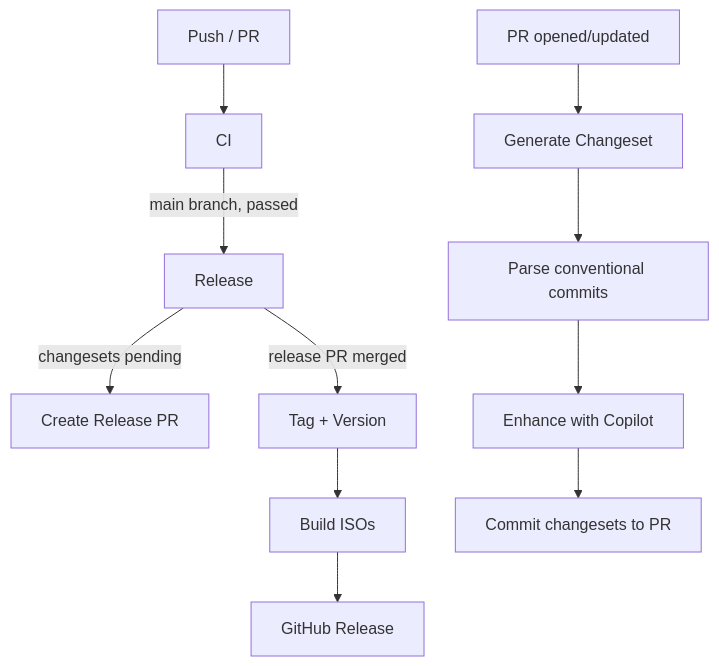
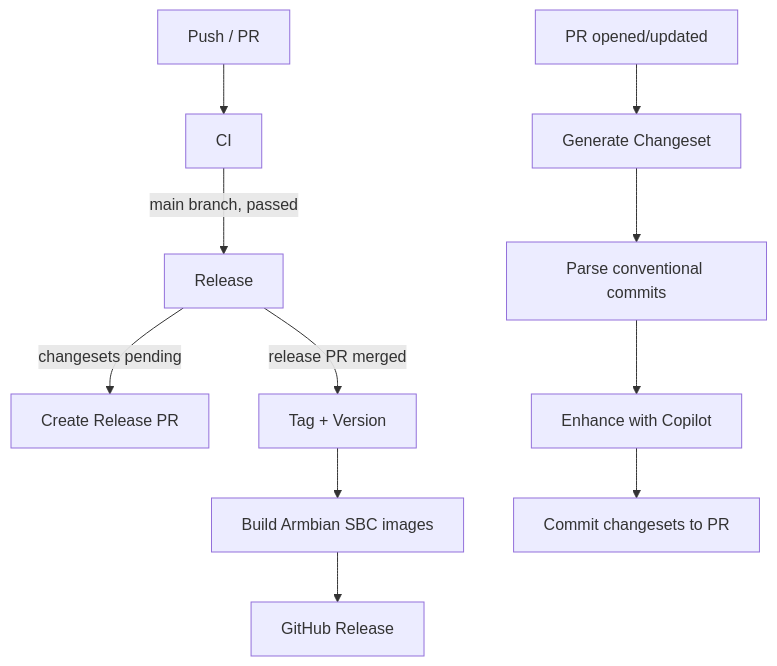
The first of 5 diagrams in .github/workflows/README.md (thejustinwalsh/noron), drawn with Mermaid before and after one commit. The commit also changed other lines of this file and 4 other files, not shown here.

Commit message:
ci: publish only Armbian release images

````diff
--- a/.github/workflows/README.md
+++ b/.github/workflows/README.md
@@ -5,15 +5,15 @@
 ```mermaid
 graph TD
     push[Push / PR] --> ci[CI]
     pr[PR opened/updated] --> changeset[Generate Changeset]
 
     ci --> |main branch, passed| release[Release]
     release --> |changesets pending| release_pr[Create Release PR]
     release --> |release PR merged| tag[Tag + Version]
-    tag --> build_iso[Build ISOs]
+    tag --> build_iso[Build Armbian SBC images]
     build_iso --> gh_release[GitHub Release]
 
     changeset --> generate[Parse conventional commits]
     generate --> copilot[Enhance with Copilot]
     copilot --> commit[Commit changesets to PR]
 ```
````
